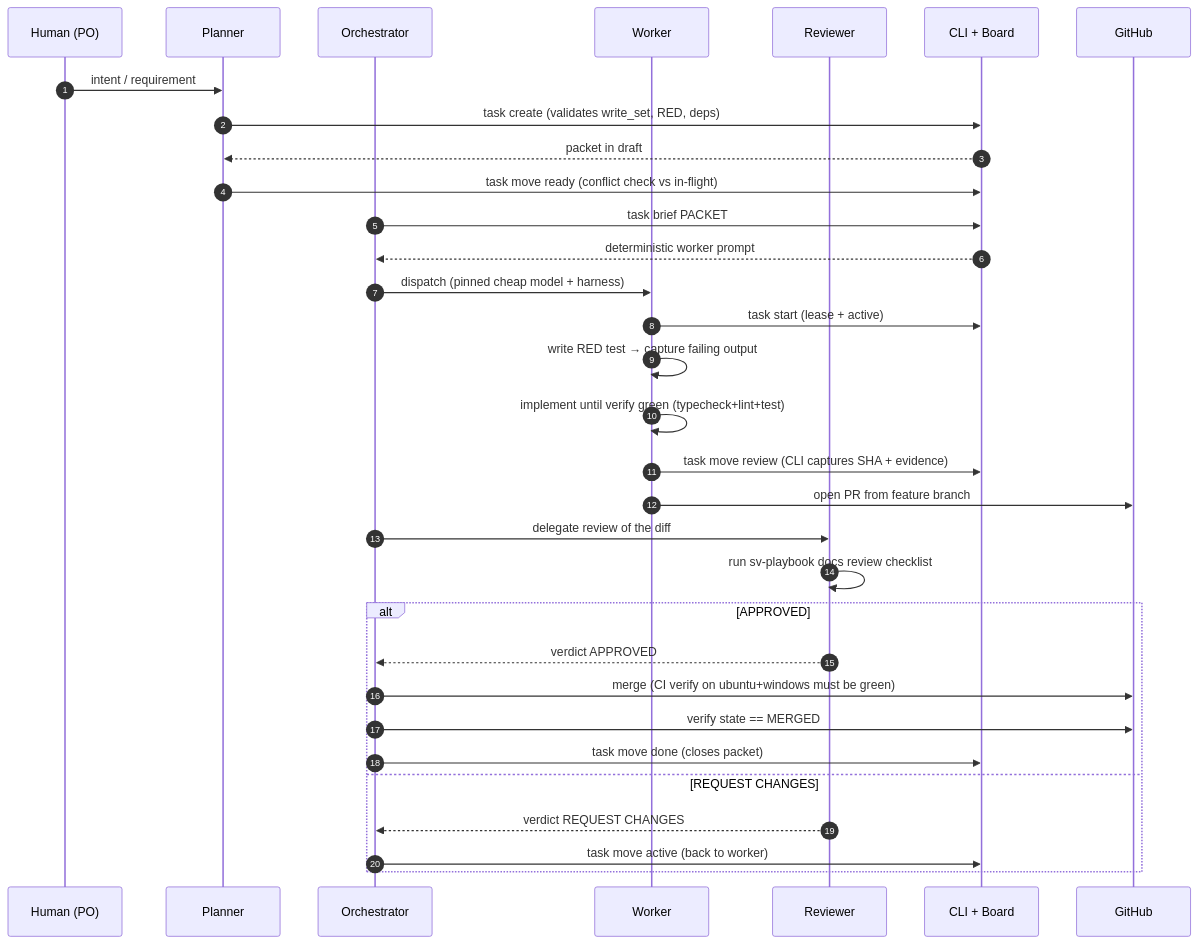
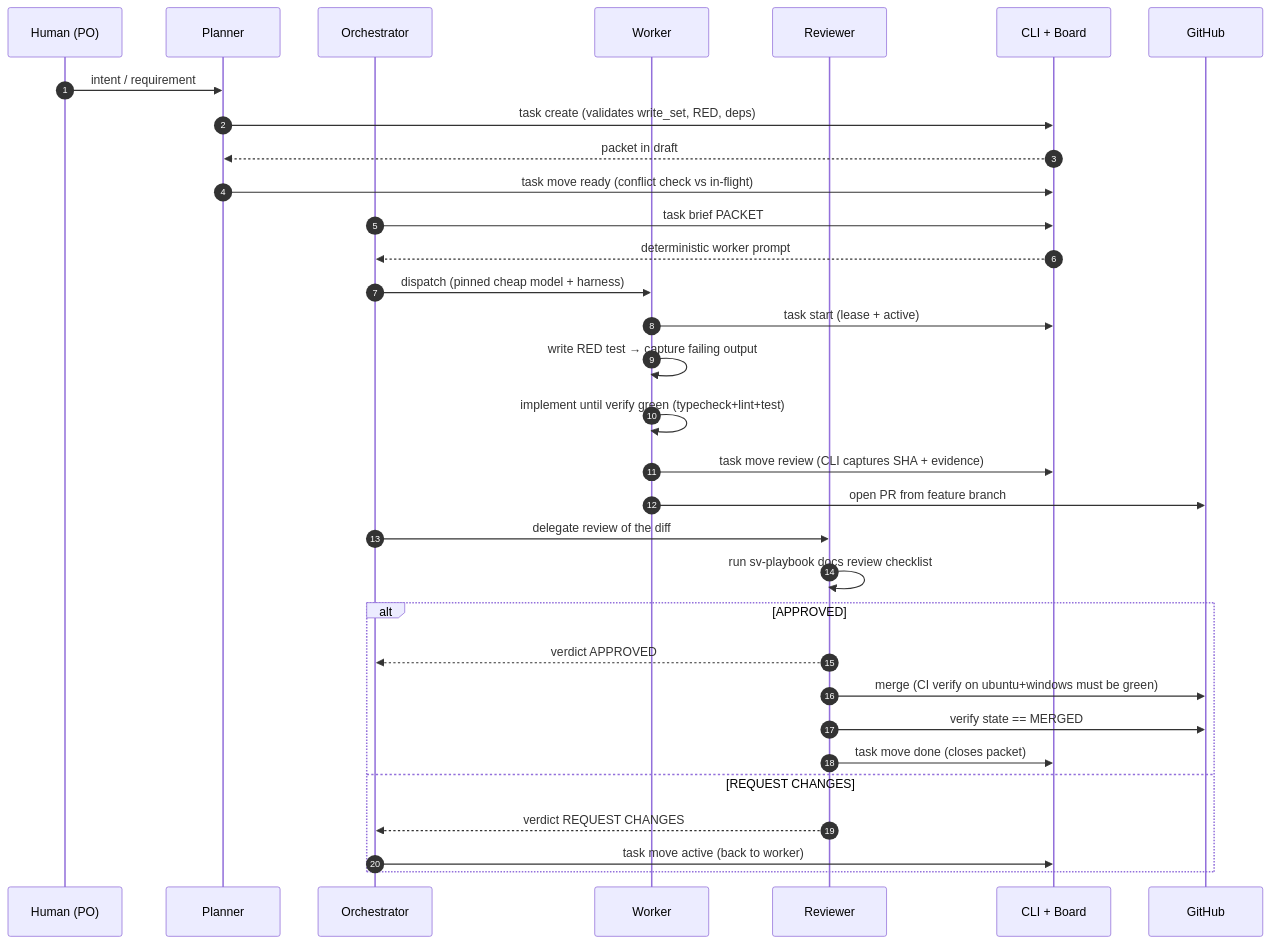
Before and after one commit to santiv343/sv-playbook: the seventh of 13 diagrams in docs/how-it-works.md, drawn with Mermaid. The commit also changed other lines of this file and 4 other files, not shown here.

````diff
--- a/docs/how-it-works.md
+++ b/docs/how-it-works.md
@@ -225,35 +225,35 @@
 ```mermaid
 sequenceDiagram
     autonumber
     participant H as Human (PO)
     participant P as Planner
     participant O as Orchestrator
     participant W as Worker
     participant R as Reviewer
     participant CLI as CLI + Board
     participant GH as GitHub
 
     H->>P: intent / requirement
     P->>CLI: task create (validates write_set, RED, deps)
     CLI-->>P: packet in draft
     P->>CLI: task move ready (conflict check vs in-flight)
     O->>CLI: task brief PACKET
     CLI-->>O: deterministic worker prompt
     O->>W: dispatch (pinned cheap model + harness)
     W->>CLI: task start (lease + active)
     W->>W: write RED test → capture failing output
     W->>W: implement until verify green (typecheck+lint+test)
     W->>CLI: task move review (CLI captures SHA + evidence)
     W->>GH: open PR from feature branch
     O->>R: delegate review of the diff
     R->>R: run sv-playbook docs review checklist
     alt APPROVED
         R-->>O: verdict APPROVED
-        O->>GH: merge (CI verify on ubuntu+windows must be green)
-        O->>GH: verify state == MERGED
-        O->>CLI: task move done (closes packet)
+        R->>GH: merge (CI verify on ubuntu+windows must be green)
+        R->>GH: verify state == MERGED
+        R->>CLI: task move done (closes packet)
     else REQUEST CHANGES
         R-->>O: verdict REQUEST CHANGES
         O->>CLI: task move active (back to worker)
     end
 ```
````
